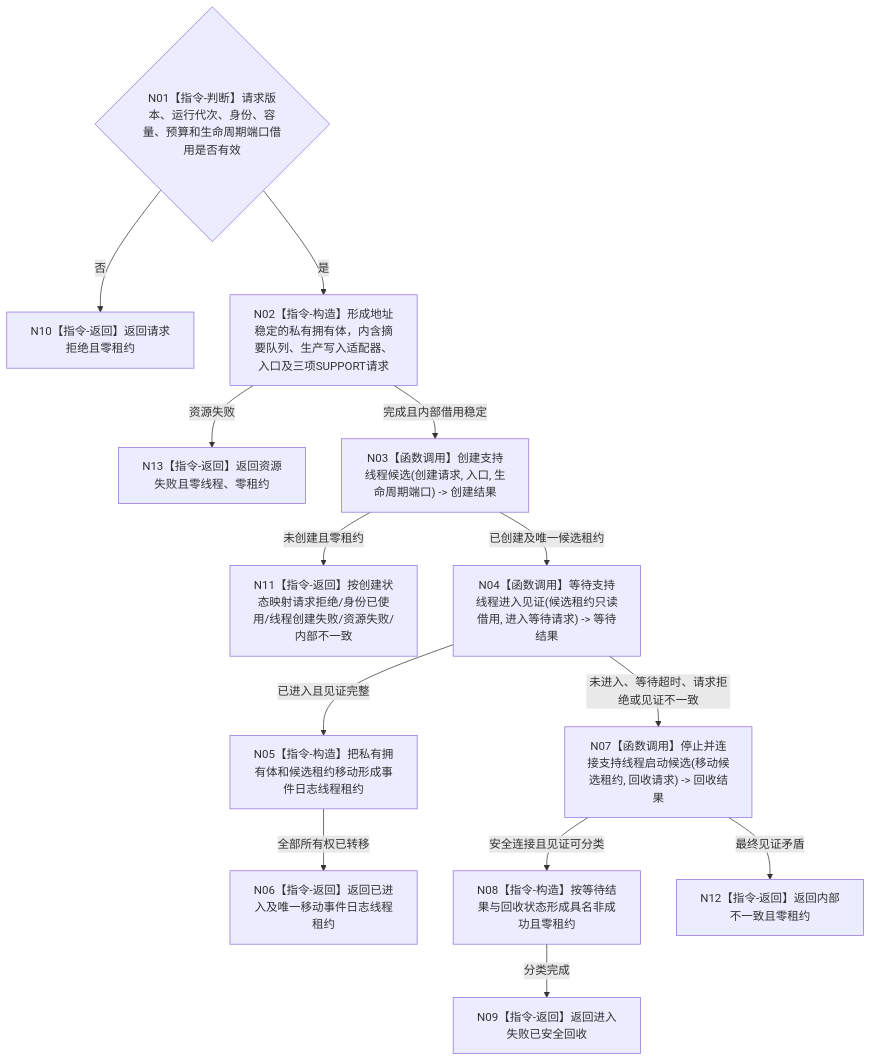
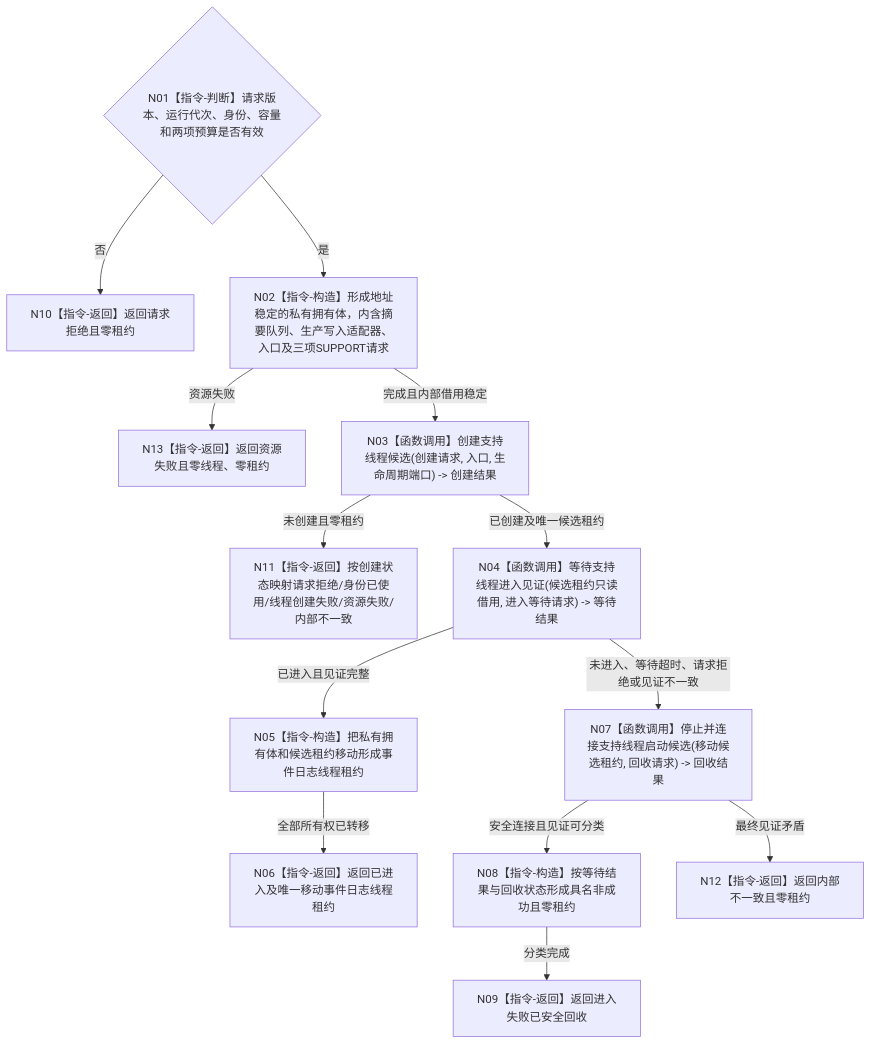
The diagram in 流程图/目标业务流程图/L3/BIZ-L3-001-04-01_启动事件日志线程_目标函数流程图_v0.2.md (chunhaizh-cyber/HY-Ego), drawn with Mermaid before and after one commit. The commit also changed other lines of this file and 1 other file, not shown here.

````diff
--- a/流程图/目标业务流程图/L3/BIZ-L3-001-04-01_启动事件日志线程_目标函数流程图_v0.2.md
+++ b/流程图/目标业务流程图/L3/BIZ-L3-001-04-01_启动事件日志线程_目标函数流程图_v0.2.md
@@ -32,15 +32,15 @@
 ```mermaid
 flowchart TD
-    N01{"N01【指令-判断】请求版本、运行代次、身份、容量、预算和生命周期端口借用是否有效"} -->|否| N10["N10【指令-返回】返回请求拒绝且零租约"]
+    N01{"N01【指令-判断】请求版本、运行代次、身份、容量和两项预算是否有效"} -->|否| N10["N10【指令-返回】返回请求拒绝且零租约"]
     N01 -->|是| N02["N02【指令-构造】形成地址稳定的私有拥有体，内含摘要队列、生产写入适配器、入口及三项SUPPORT请求"]
     N02 -->|资源失败| N13["N13【指令-返回】返回资源失败且零线程、零租约"]
     N02 -->|完成且内部借用稳定| N03["N03【函数调用】创建支持线程候选(创建请求, 入口, 生命周期端口) -> 创建结果"]
     N03 -->|未创建且零租约| N11["N11【指令-返回】按创建状态映射请求拒绝/身份已使用/线程创建失败/资源失败/内部不一致"]
     N03 -->|已创建及唯一候选租约| N04["N04【函数调用】等待支持线程进入见证(候选租约只读借用, 进入等待请求) -> 等待结果"]
     N04 -->|已进入且见证完整| N05["N05【指令-构造】把私有拥有体和候选租约移动形成事件日志线程租约"]
     N05 -->|全部所有权已转移| N06["N06【指令-返回】返回已进入及唯一移动事件日志线程租约"]
     N04 -->|未进入、等待超时、请求拒绝或见证不一致| N07["N07【函数调用】停止并连接支持线程启动候选(移动候选租约, 回收请求) -> 回收结果"]
     N07 -->|安全连接且见证可分类| N08["N08【指令-构造】按等待结果与回收状态形成具名非成功且零租约"]
     N08 -->|分类完成| N09["N09【指令-返回】返回进入失败已安全回收"]
     N07 -->|最终见证矛盾| N12["N12【指令-返回】返回内部不一致且零租约"]
 ```
````
